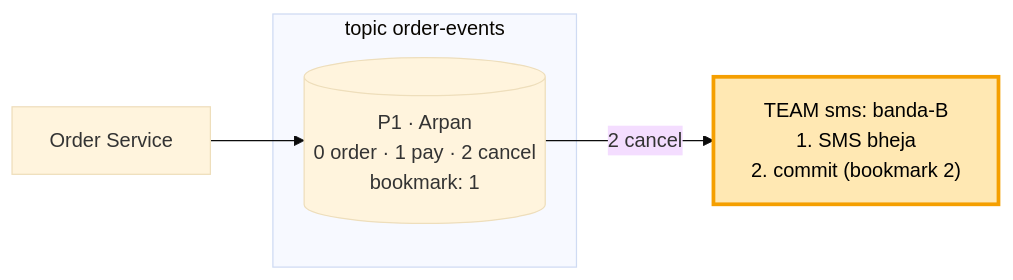
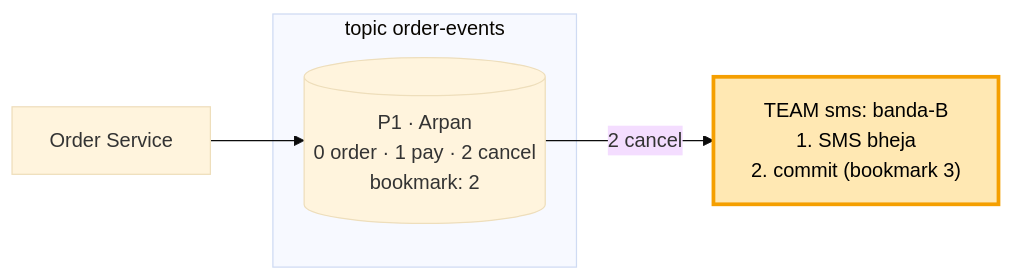
Before and after one commit to ArpanMaheshwari144/Prep: the fourth of 8 diagrams in 04_HLD/SYSTEM_DESIGNS/12_message_queue_kafka/kafka_concepts.md, drawn with Mermaid (base theme). The commit also changed other lines of this file and 1 other file, not shown here.

Commit message:
kafka: bookmark (offset) = agla padhne wala number, commit 2 ke baad 3

````diff
--- a/04_HLD/SYSTEM_DESIGNS/12_message_queue_kafka/kafka_concepts.md
+++ b/04_HLD/SYSTEM_DESIGNS/12_message_queue_kafka/kafka_concepts.md
@@ -108,9 +109,9 @@
 ```mermaid
 flowchart LR
     O["Order Service"] --> P1
     subgraph T["topic order-events"]
-        P1[("P1 · Arpan<br/>0 order · 1 pay · 2 cancel<br/>bookmark: 1")]
+        P1[("P1 · Arpan<br/>0 order · 1 pay · 2 cancel<br/>bookmark: 2")]
     end
-    P1 -- "2 cancel" --> B["TEAM sms: banda-B<br/>1. SMS bheja<br/>2. commit (bookmark 2)"]
+    P1 -- "2 cancel" --> B["TEAM sms: banda-B<br/>1. SMS bheja<br/>2. commit (bookmark 3)"]
     style B fill:#ffe8b3,stroke:#f59f00,stroke-width:3px,color:#000
 ```
````
